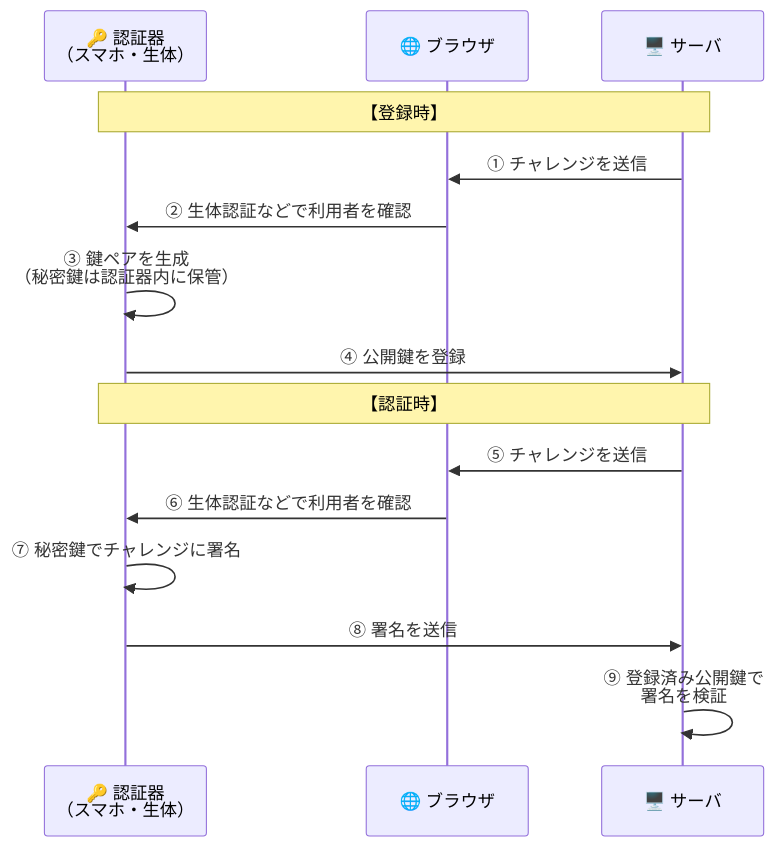
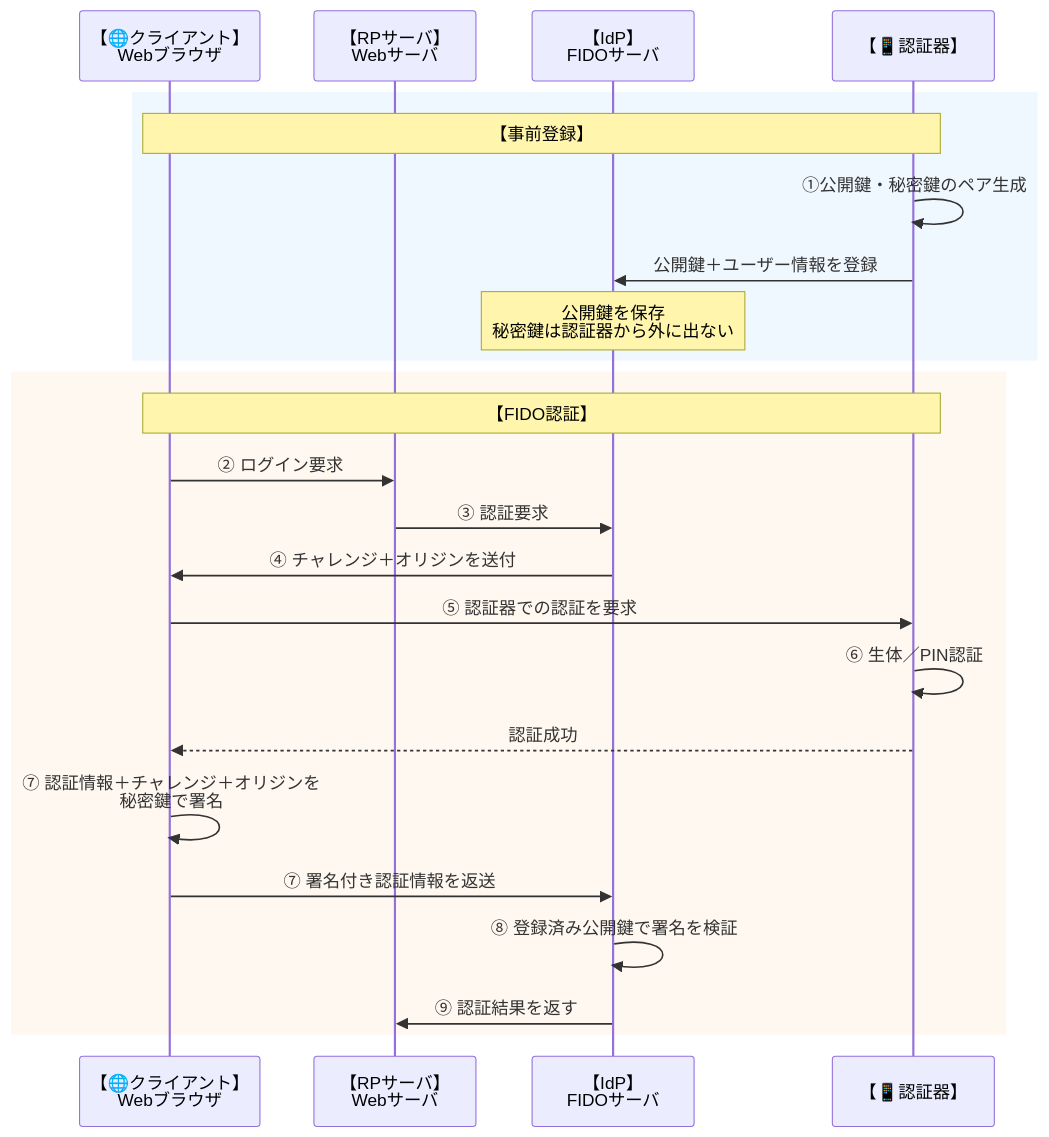
One commit to self-study-engineer/study-technology changed the tenth of 30 diagrams in セキュリティ/情報処理安全確保支援士/過去問道場.md. Above: the diagram before and after it, drawn with Mermaid. The commit also changed other lines of this file and 4 other files, not shown here.

````diff
--- a/セキュリティ/情報処理安全確保支援士/過去問道場.md
+++ b/セキュリティ/情報処理安全確保支援士/過去問道場.md
@@ -635,18 +651,29 @@
 ```mermaid
 sequenceDiagram
-    participant A as 🔑 認証器<br>（スマホ・生体）
-    participant B as 🌐 ブラウザ
-    participant S as 🖥️ サーバ
+  participant C as 【🌐クライアント】<br/>Webブラウザ
+  participant R as 【RPサーバ】<br/>Webサーバ
+  participant F as 【IdP】<br>FIDOサーバ
+  participant A as 【📱認証器】
 
-    Note over A,S: 【登録時】
-    S->>B: ① チャレンジを送信
-    B->>A: ② 生体認証などで利用者を確認
-    A->>A: ③ 鍵ペアを生成<br>（秘密鍵は認証器内に保管）
-    A->>S: ④ 公開鍵を登録
-    Note over A,S: 【認証時】
-    S->>B: ⑤ チャレンジを送信
-    B->>A: ⑥ 生体認証などで利用者を確認
-    A->>A: ⑦ 秘密鍵でチャレンジに署名
-    A->>S: ⑧ 署名を送信
-    S->>S: ⑨ 登録済み公開鍵で<br>署名を検証
+  rect rgb(240, 248, 255)
+    Note over C,A: 【事前登録】
+    A->>A: ①公開鍵・秘密鍵のペア生成
+    A->>F: 公開鍵＋ユーザー情報を登録
+    Note over F: 公開鍵を保存<br>秘密鍵は認証器から外に出ない
+  end
+
+  rect rgb(255, 248, 240)
+    Note over C,A: 【FIDO認証】
+
+    C->>R: ② ログイン要求
+    R->>F: ③ 認証要求
+    F->>C: ④ チャレンジ＋オリジンを送付
+    C->>A: ⑤ 認証器での認証を要求
+    A->>A: ⑥ 生体／PIN認証
+    A-->>C: 認証成功
+    C->>C: ⑦ 認証情報＋チャレンジ＋オリジンを<br/>秘密鍵で署名
+    C->>F: ⑦ 署名付き認証情報を返送
+    F->>F: ⑧ 登録済み公開鍵で署名を検証
+    F->>R: ⑨ 認証結果を返す
+  end
 ```
````
